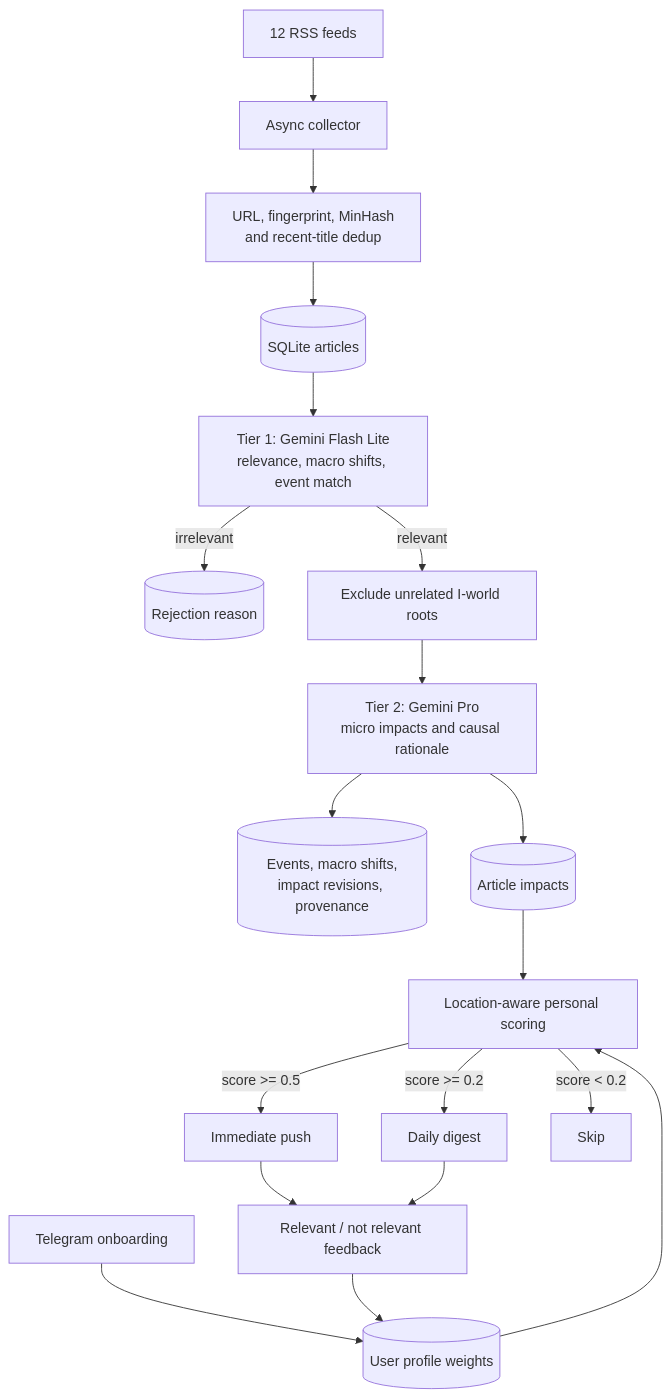
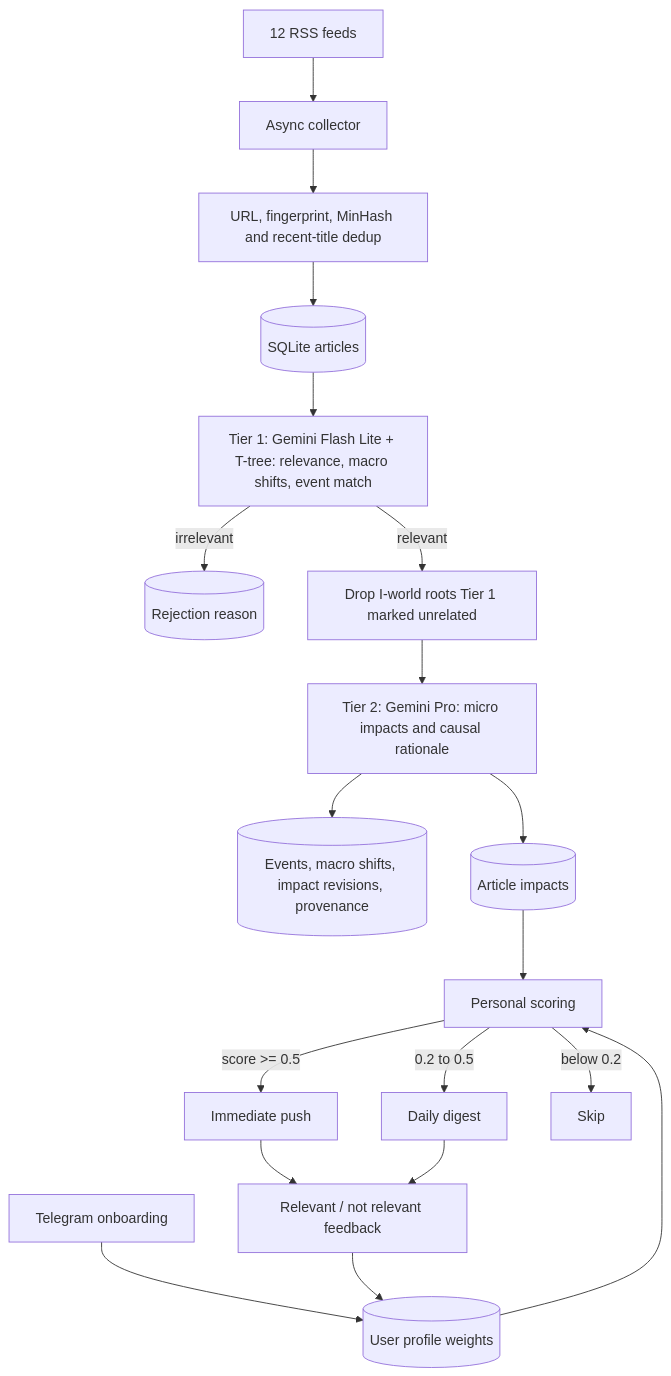
The diagram in README.md (tarangdeep-goel-by/impact-news), drawn with Mermaid before and after one commit. The commit also changed other lines of this file and 18 other files, not shown here.

````diff
--- a/README.md
+++ b/README.md
@@ -38,25 +39,25 @@
 ```mermaid
 flowchart TD
-    RSS[12 RSS feeds] --> COL[Async collector]
-    COL --> DEDUP[URL, fingerprint, MinHash<br/>and recent-title dedup]
-    DEDUP --> ART[(SQLite articles)]
+    RSS["12 RSS feeds"] --> COL["Async collector"]
+    COL --> DEDUP["URL, fingerprint, MinHash and recent-title dedup"]
+    DEDUP --> ART[("SQLite articles")]
 
-    ART --> T1[Tier 1: Gemini Flash Lite<br/>relevance, macro shifts, event match]
-    T1 -->|irrelevant| REJ[(Rejection reason)]
-    T1 -->|relevant| TREE[Exclude unrelated I-world roots]
-    TREE --> T2[Tier 2: Gemini Pro<br/>micro impacts and causal rationale]
+    ART --> T1["Tier 1: Gemini Flash Lite + T-tree: relevance, macro shifts, event match"]
+    T1 -->|"irrelevant"| REJ[("Rejection reason")]
+    T1 -->|"relevant"| TREE["Drop I-world roots Tier 1 marked unrelated"]
+    TREE --> T2["Tier 2: Gemini Pro: micro impacts and causal rationale"]
 
-    T2 --> EVT[(Events, macro shifts,<br/>impact revisions, provenance)]
-    T2 --> IMP[(Article impacts)]
+    T2 --> EVT[("Events, macro shifts, impact revisions, provenance")]
+    T2 --> IMP[("Article impacts")]
 
-    TG[Telegram onboarding] --> PROF[(User profile weights)]
-    IMP --> SCORE[Location-aware personal scoring]
+    TG["Telegram onboarding"] --> PROF[("User profile weights")]
+    IMP --> SCORE["Personal scoring"]
     PROF --> SCORE
-    SCORE -->|score >= 0.5| PUSH[Immediate push]
-    SCORE -->|score >= 0.2| DIGEST[Daily digest]
-    SCORE -->|score < 0.2| SKIP[Skip]
+    SCORE -->|"score >= 0.5"| PUSH["Immediate push"]
+    SCORE -->|"0.2 to 0.5"| DIGEST["Daily digest"]
+    SCORE -->|"below 0.2"| SKIP["Skip"]
 
-    PUSH --> FB[Relevant / not relevant feedback]
+    PUSH --> FB["Relevant / not relevant feedback"]
     DIGEST --> FB
     FB --> PROF
 ```
````
